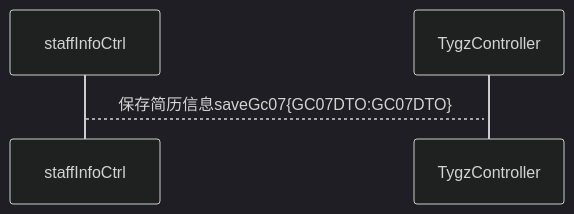
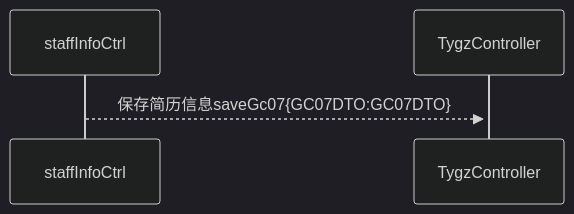
Before and after one commit to ZhangJianBeiJing/iodraw-files: the diagram in all/未命名.md, drawn with Mermaid (dark theme).

Commit message:
2025-03-25 17:03:21 update

````diff
--- a/all/未命名.md
+++ b/all/未命名.md
@@ -1,6 +1,6 @@
 ```mermaid
 sequenceDiagram
-    staffInfoCtrl-->+TygzController:保存简历信息saveGc07{GC07DTO:GC07DTO}
-    
+    staffInfoCtrl-->>+TygzController:保存简历信息saveGc07{GC07DTO:GC07DTO}
+
             
 ```
````
